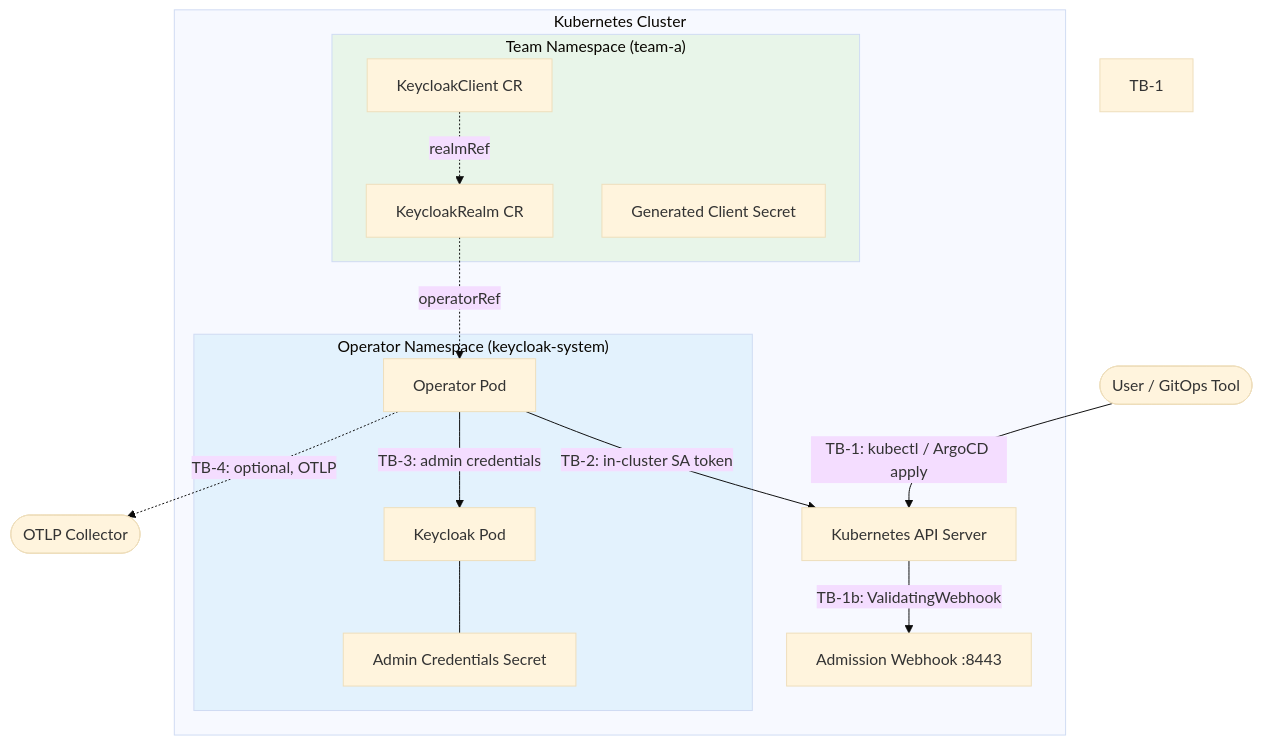
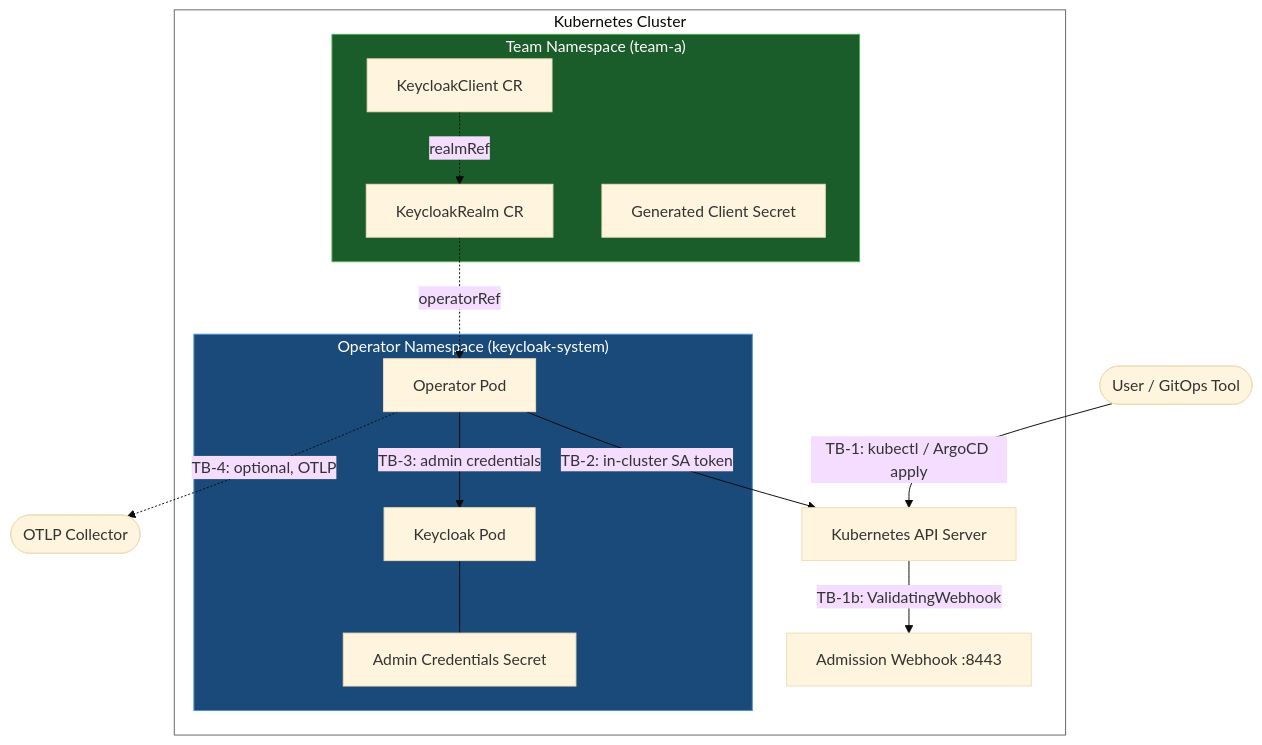
The diagram in docs/security/threat-model.md (vriesdemichael/keycloak-operator), drawn with Mermaid (base theme) before and after one commit. The commit also changed other lines of this file, not shown here.

Commit message:
docs: fix threat model - Kyverno example placement and dark mode colors
- Move Kyverno ClusterPolicy example from the STRIDE Elevation of Privilege
  section into GAP-2 where it belongs: the risk addressed is platform incident
  response capability, not privilege escalation. EoP section now references GAP-2
- Replace Mermaid subgraph fill colors (#e3f2fd, #e8f5e9) with dark-background-
  compatible colors (#1a4a7a blue, #1a5c2a green) with explicit white text and
  stroke — legible in both light and dark mode

````diff
--- a/docs/security/threat-model.md
+++ b/docs/security/threat-model.md
@@ -42,37 +42,37 @@
 ```mermaid
 graph TB
     subgraph cluster["Kubernetes Cluster"]
         subgraph opns["Operator Namespace (keycloak-system)"]
             Op[Operator Pod]
             KC[Keycloak Pod]
             AdminSecret[Admin Credentials Secret]
         end
 
         subgraph teamns["Team Namespace (team-a)"]
             RealmCR[KeycloakRealm CR]
             ClientCR[KeycloakClient CR]
             AppSecret[Generated Client Secret]
         end
 
         K8sAPI[Kubernetes API Server]
         Webhook[Admission Webhook :8443]
     end
 
     User([User / GitOps Tool])
     OTLPCollector([OTLP Collector])
 
     User -->|"TB-1: kubectl / ArgoCD apply"| K8sAPI
     K8sAPI -->|"TB-1b: ValidatingWebhook"| Webhook
     Op -->|"TB-2: in-cluster SA token"| K8sAPI
     Op -->|"TB-3: admin credentials"| KC
     Op -.->|"TB-4: optional, OTLP"| OTLPCollector
 
     RealmCR -.->|"operatorRef"| Op
     ClientCR -.->|"realmRef"| RealmCR
 
     KC --- AdminSecret
 
-    style TB-1 color:#333
-    style opns fill:#e3f2fd
-    style teamns fill:#e8f5e9
+    style opns fill:#1a4a7a,color:#ffffff,stroke:#4a90d9
+    style teamns fill:#1a5c2a,color:#ffffff,stroke:#4caf50
+    style cluster fill:transparent,stroke:#666666
 ```
````
